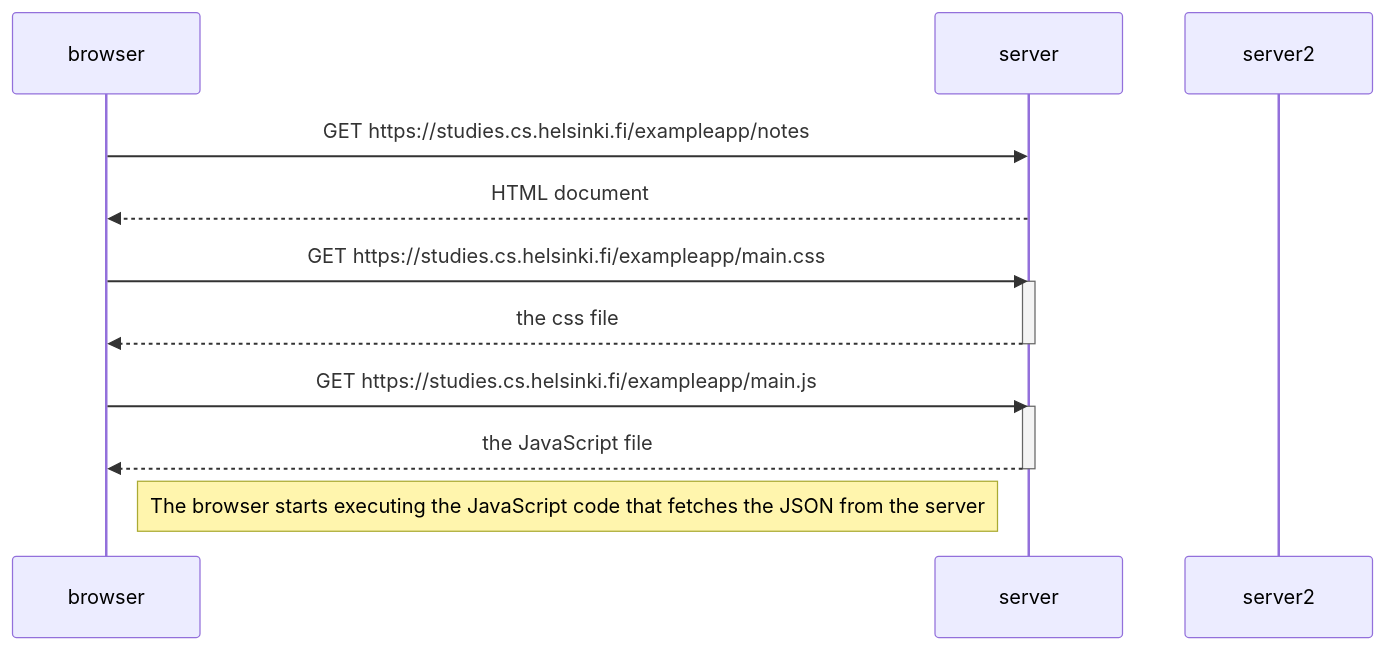
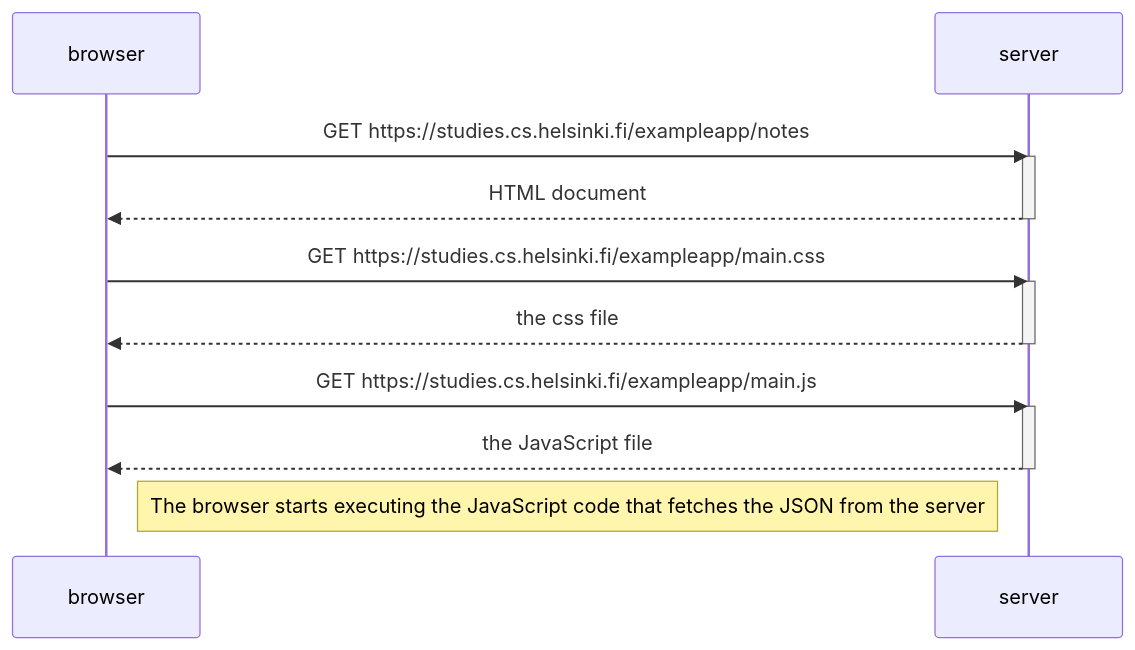
The diagram in 0.4_Nuevo_Diagrama_de_Nota.md (jvictorrodriguez/fullstackopen.com), drawn with Mermaid before and after one commit.

````diff
--- a/0.4_Nuevo_Diagrama_de_Nota.md
+++ b/0.4_Nuevo_Diagrama_de_Nota.md
@@ -1,23 +1,22 @@
 ```mermaid
 sequenceDiagram
     participant browser
     participant server
-    participant server2
 
     browser->>server: GET https://studies.cs.helsinki.fi/exampleapp/notes
-    %%activate server
+    activate server
     server-->>browser: HTML document
-    %%deactivate server
+    deactivate server
 
     browser->>server: GET https://studies.cs.helsinki.fi/exampleapp/main.css
     activate server
     server-->>browser: the css file
     deactivate server
 
     browser->>server: GET https://studies.cs.helsinki.fi/exampleapp/main.js
     activate server
     server-->>browser: the JavaScript file
     deactivate server
 
     Note right of browser: The browser starts executing the JavaScript code that fetches the JSON from the server
 ```
````
